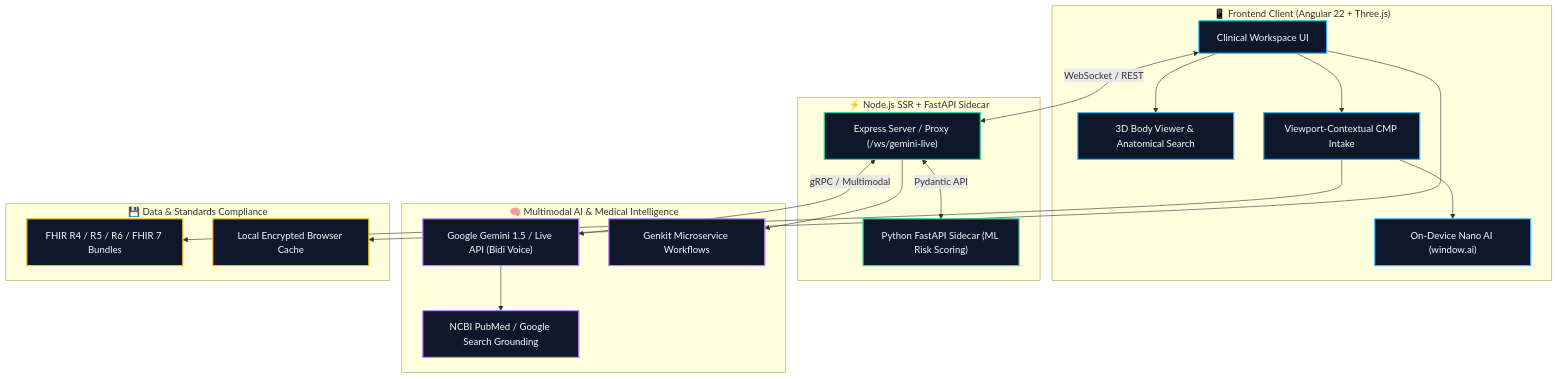
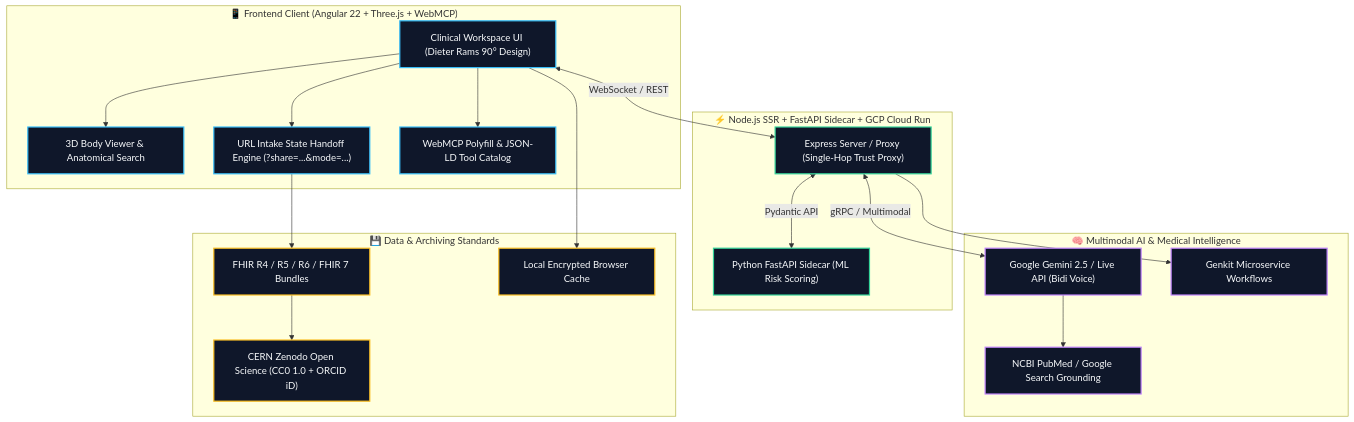
The first of 3 diagrams in README.md (philgear/pocketgull), drawn with Mermaid before and after one commit.

Commit message:
docs(architecture): update Mermaid architecture diagram with CERN Zenodo, WebMCP, and URL handoff engine

````diff
--- a/README.md
+++ b/README.md
@@ -72,46 +72,49 @@
 ```mermaid
 graph TD
     classDef client fill:#0f172a,stroke:#38bdf8,stroke-width:2px,color:#f8fafc;
     classDef server fill:#0f172a,stroke:#34d399,stroke-width:2px,color:#f8fafc;
     classDef ai fill:#0f172a,stroke:#c084fc,stroke-width:2px,color:#f8fafc;
     classDef db fill:#0f172a,stroke:#fbbf24,stroke-width:2px,color:#f8fafc;
+    classDef sec fill:#0f172a,stroke:#f43f5e,stroke-width:2px,color:#f8fafc;
 
-    subgraph ClientLayer ["📱 Frontend Client (Angular 22 + Three.js)"]
-        UI["Clinical Workspace UI"]
+    subgraph ClientLayer ["📱 Frontend Client (Angular 22 + Three.js + WebMCP)"]
+        UI["Clinical Workspace UI (Dieter Rams 90° Design)"]
         Viewer["3D Body Viewer & Anatomical Search"]
-        Intake["Viewport-Contextual CMP Intake"]
-        PWA["On-Device Nano AI (window.ai)"]
+        Handoff["URL Intake State Handoff Engine (?share=...&mode=...)"]
+        WebMCP["WebMCP Polyfill & JSON-LD Tool Catalog"]
     end
 
-    subgraph BackendLayer ["⚡ Node.js SSR + FastAPI Sidecar"]
-        Express["Express Server / Proxy (/ws/gemini-live)"]
+    subgraph BackendLayer ["⚡ Node.js SSR + FastAPI Sidecar + GCP Cloud Run"]
+        Express["Express Server / Proxy (Single-Hop Trust Proxy)"]
         FastAPI["Python FastAPI Sidecar (ML Risk Scoring)"]
     end
 
     subgraph AILayer ["🧠 Multimodal AI & Medical Intelligence"]
-        Gemini["Google Gemini 1.5 / Live API (Bidi Voice)"]
+        Gemini["Google Gemini 2.5 / Live API (Bidi Voice)"]
         PubMed["NCBI PubMed / Google Search Grounding"]
         Genkit["Genkit Microservice Workflows"]
     end
 
-    subgraph StorageLayer ["💾 Data & Standards Compliance"]
+    subgraph StorageLayer ["💾 Data & Archiving Standards"]
         FHIR["FHIR R4 / R5 / R6 / FHIR 7 Bundles"]
+        Zenodo["CERN Zenodo Open Science (CC0 1.0 + ORCID iD)"]
         IndexedDB["Local Encrypted Browser Cache"]
     end
 
     UI --> Viewer
-    UI --> Intake
-    Intake --> PWA
+    UI --> Handoff
+    UI --> WebMCP
     UI <-->|"WebSocket / REST"| Express
     Express <-->|"gRPC / Multimodal"| Gemini
     Express <-->|"Pydantic API"| FastAPI
     Gemini --> PubMed
     Express --> Genkit
-    Intake --> FHIR
+    Handoff --> FHIR
+    FHIR --> Zenodo
     UI --> IndexedDB
 
-    class UI,Viewer,Intake,PWA client;
+    class UI,Viewer,Handoff,WebMCP client;
     class Express,FastAPI server;
     class Gemini,PubMed,Genkit ai;
-    class FHIR,IndexedDB db;
+    class FHIR,Zenodo,IndexedDB db;
 ```
````
